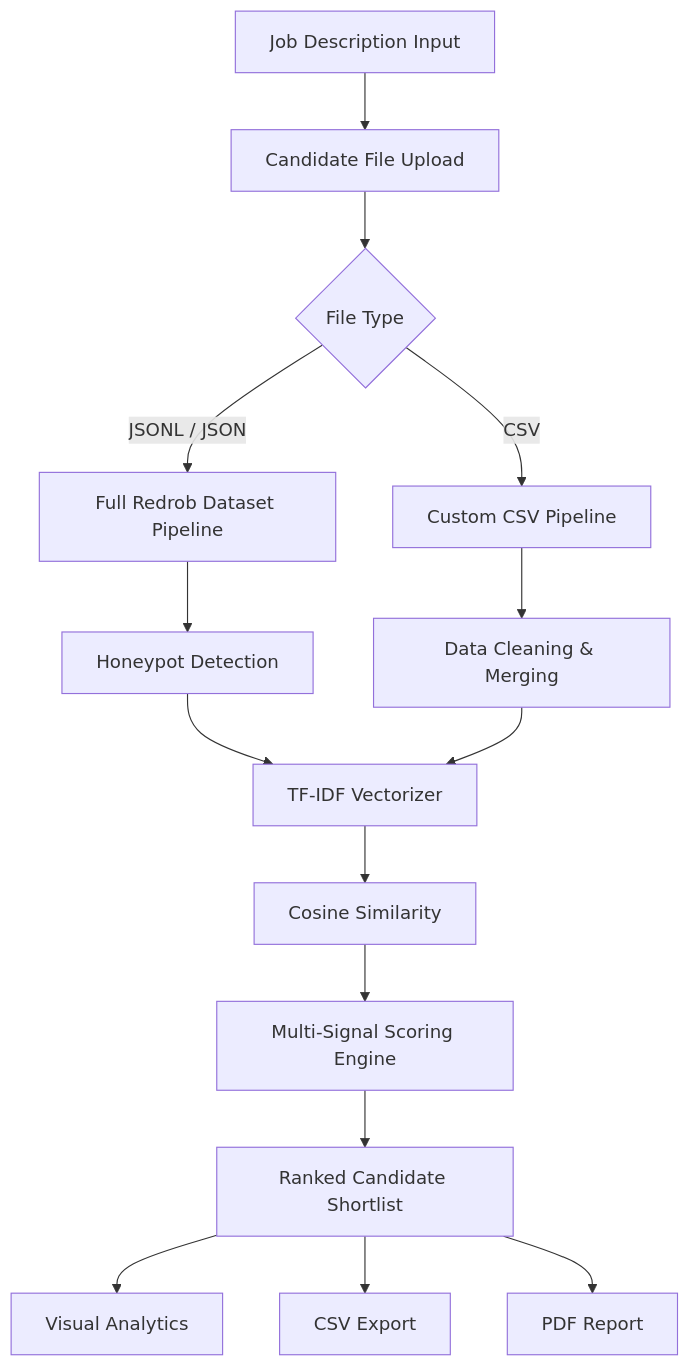
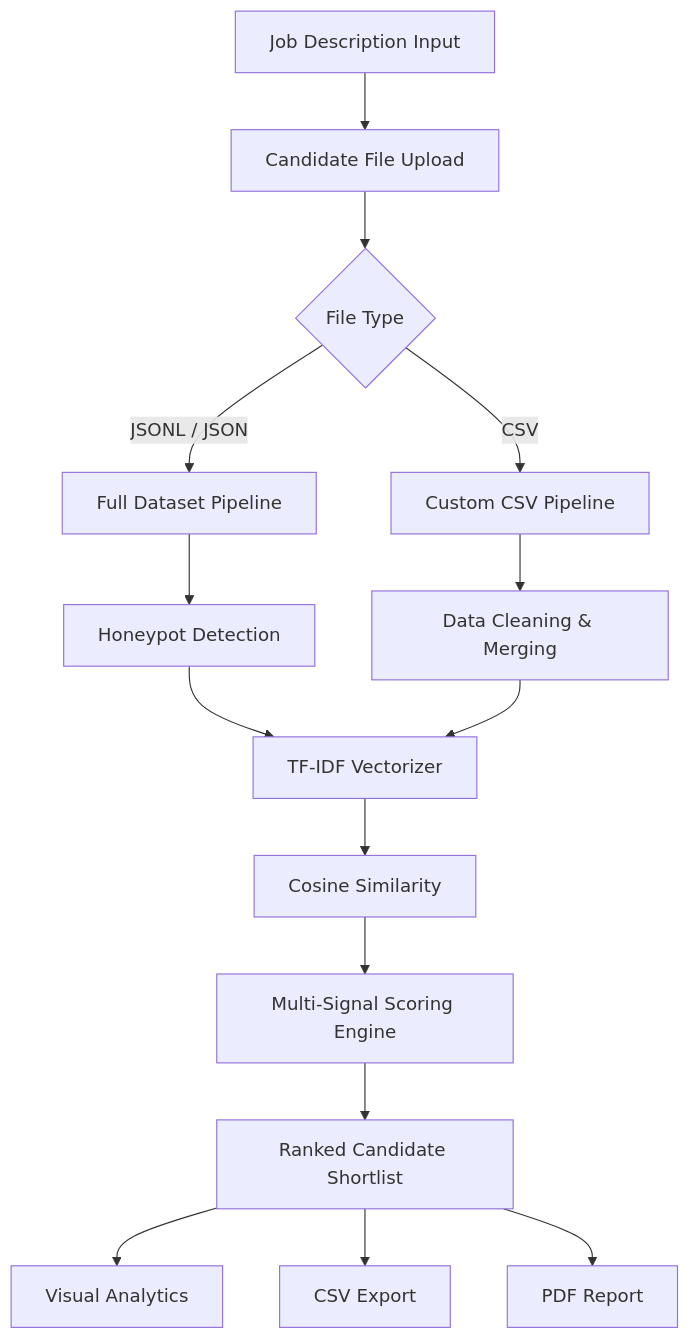
Before and after one commit to irfanshafi21/intelligent-candidate-discovery: the diagram in README.md, drawn with Mermaid. The commit also changed other lines of this file, not shown here.

````diff
--- a/README.md
+++ b/README.md
@@ -79,17 +74,17 @@
 ```mermaid
 flowchart TD
     A[Job Description Input] --> B[Candidate File Upload]
     B --> C{File Type}
-    C -->|JSONL / JSON| D[Full Redrob Dataset Pipeline]
+    C -->|JSONL / JSON| D[Full Dataset Pipeline]
     C -->|CSV| E[Custom CSV Pipeline]
     D --> F[Honeypot Detection]
     E --> G[Data Cleaning & Merging]
     F --> H[TF-IDF Vectorizer]
     G --> H
     H --> I[Cosine Similarity]
     I --> J[Multi-Signal Scoring Engine]
     J --> K[Ranked Candidate Shortlist]
     K --> L[Visual Analytics]
     K --> M[CSV Export]
     K --> N[PDF Report]
 ```
````
